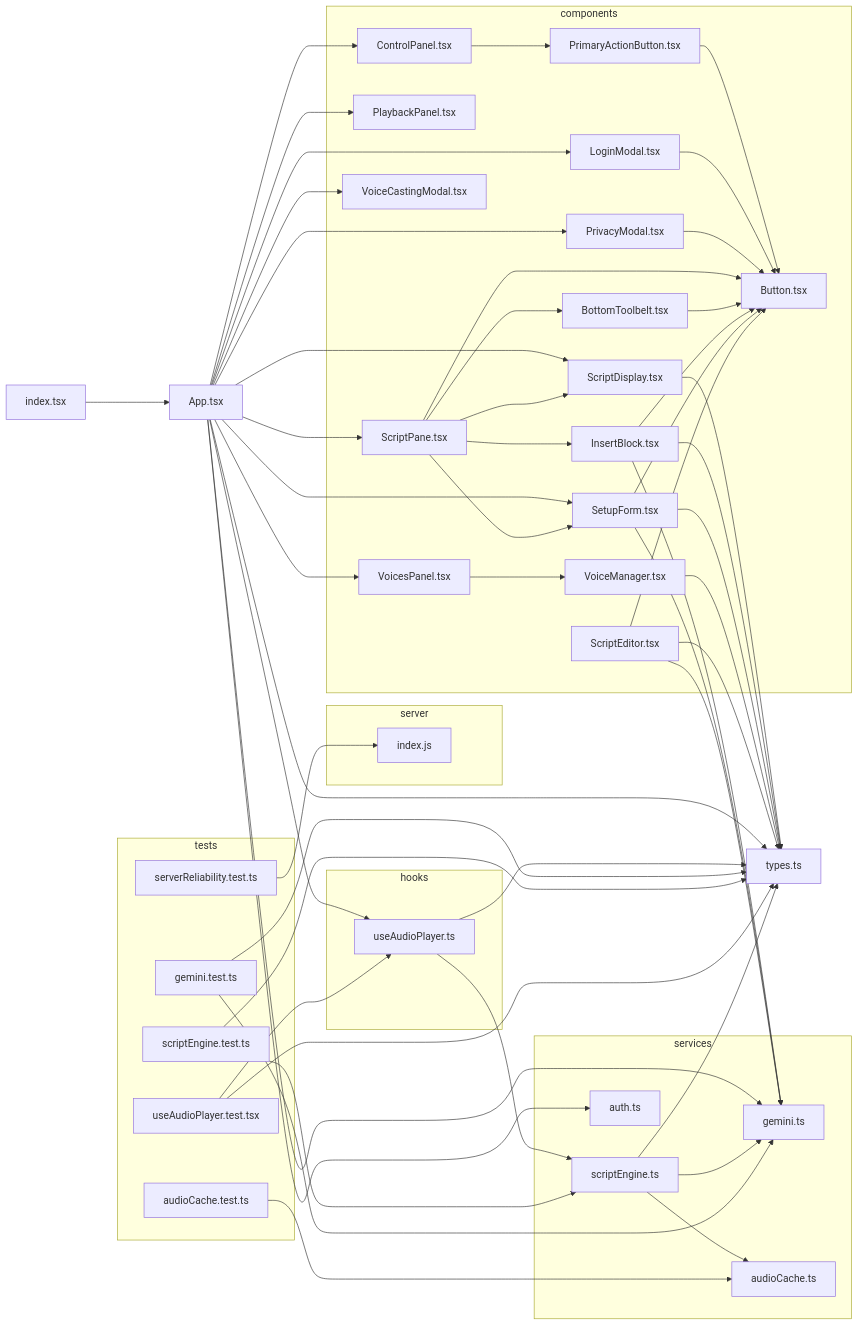
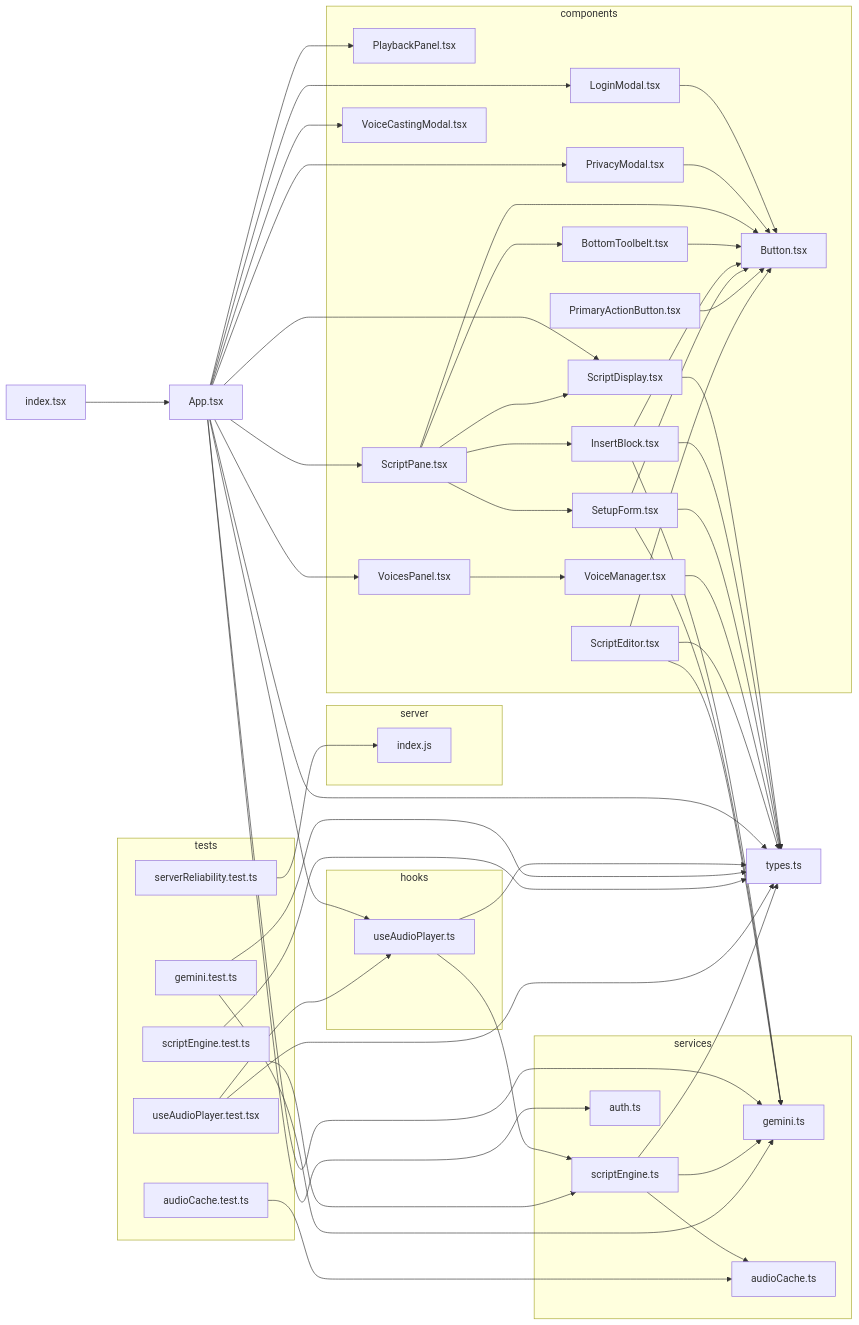
Before and after one commit to seanzmc/Script-Seance: the diagram in docs/dependency-graph.mmd, drawn with Mermaid.

Commit message:
Reorganizes dependency graph node identifiers
Restructures the mermaid dependency graph by reassigning node identifiers to improve readability and maintainability.

Updates component, service, hook, and test node references while preserving all existing dependency relationships between modules.

```diff
--- a/docs/dependency-graph.mmd
+++ b/docs/dependency-graph.mmd
@@ -1,90 +1,86 @@
 flowchart LR
 
 0["App.tsx"]
 subgraph 1["components"]
-2["ControlPanel.tsx"]
-3["PrimaryActionButton.tsx"]
-4["Button.tsx"]
-5["LoginModal.tsx"]
-6["PlaybackPanel.tsx"]
-7["PrivacyModal.tsx"]
-8["ScriptDisplay.tsx"]
-A["ScriptPane.tsx"]
-B["BottomToolbelt.tsx"]
-C["InsertBlock.tsx"]
-F["SetupForm.tsx"]
-G["VoiceCastingModal.tsx"]
-H["VoicesPanel.tsx"]
-I["VoiceManager.tsx"]
-O["ScriptEditor.tsx"]
+2["LoginModal.tsx"]
+3["Button.tsx"]
+4["PlaybackPanel.tsx"]
+5["PrivacyModal.tsx"]
+6["ScriptDisplay.tsx"]
+8["ScriptPane.tsx"]
+9["BottomToolbelt.tsx"]
+A["InsertBlock.tsx"]
+D["SetupForm.tsx"]
+E["VoiceCastingModal.tsx"]
+F["VoicesPanel.tsx"]
+G["VoiceManager.tsx"]
+M["PrimaryActionButton.tsx"]
+N["ScriptEditor.tsx"]
 end
-9["types.ts"]
-subgraph D["services"]
-E["gemini.ts"]
-L["scriptEngine.ts"]
-M["audioCache.ts"]
-N["auth.ts"]
+7["types.ts"]
+subgraph B["services"]
+C["gemini.ts"]
+J["scriptEngine.ts"]
+K["audioCache.ts"]
+L["auth.ts"]
 end
-subgraph J["hooks"]
-K["useAudioPlayer.ts"]
+subgraph H["hooks"]
+I["useAudioPlayer.ts"]
 end
-P["index.tsx"]
-subgraph Q["server"]
-R["index.js"]
+O["index.tsx"]
+subgraph P["server"]
+Q["index.js"]
 end
-subgraph S["tests"]
-T["audioCache.test.ts"]
-U["gemini.test.ts"]
-V["scriptEngine.test.ts"]
-W["serverReliability.test.ts"]
-X["useAudioPlayer.test.tsx"]
+subgraph R["tests"]
+S["audioCache.test.ts"]
+T["gemini.test.ts"]
+U["scriptEngine.test.ts"]
+V["serverReliability.test.ts"]
+W["useAudioPlayer.test.tsx"]
 end
 0-->2
+0-->4
 0-->5
 0-->6
+0-->8
+0-->E
+0-->F
+0-->I
+0-->L
+0-->C
 0-->7
-0-->8
-0-->A
-0-->F
-0-->G
-0-->H
-0-->K
-0-->N
-0-->E
-0-->9
 2-->3
-3-->4
-5-->4
-7-->4
+5-->3
+6-->7
 8-->9
-A-->B
-A-->4
+8-->3
+8-->A
+8-->6
+8-->D
+9-->3
 A-->C
-A-->8
-A-->F
-B-->4
-C-->E
-C-->9
-C-->4
-F-->E
-F-->9
-F-->4
-H-->I
-I-->9
-K-->L
-K-->9
-L-->9
-L-->M
-L-->E
-O-->E
-O-->9
-O-->4
-P-->0
-T-->M
-U-->E
-U-->9
-V-->L
-V-->9
-W-->R
-X-->K
-X-->9
+A-->7
+A-->3
+D-->C
+D-->7
+D-->3
+F-->G
+G-->7
+I-->J
+I-->7
+J-->7
+J-->K
+J-->C
+M-->3
+N-->C
+N-->7
+N-->3
+O-->0
+S-->K
+T-->C
+T-->7
+U-->J
+U-->7
+V-->Q
+W-->I
+W-->7
```
